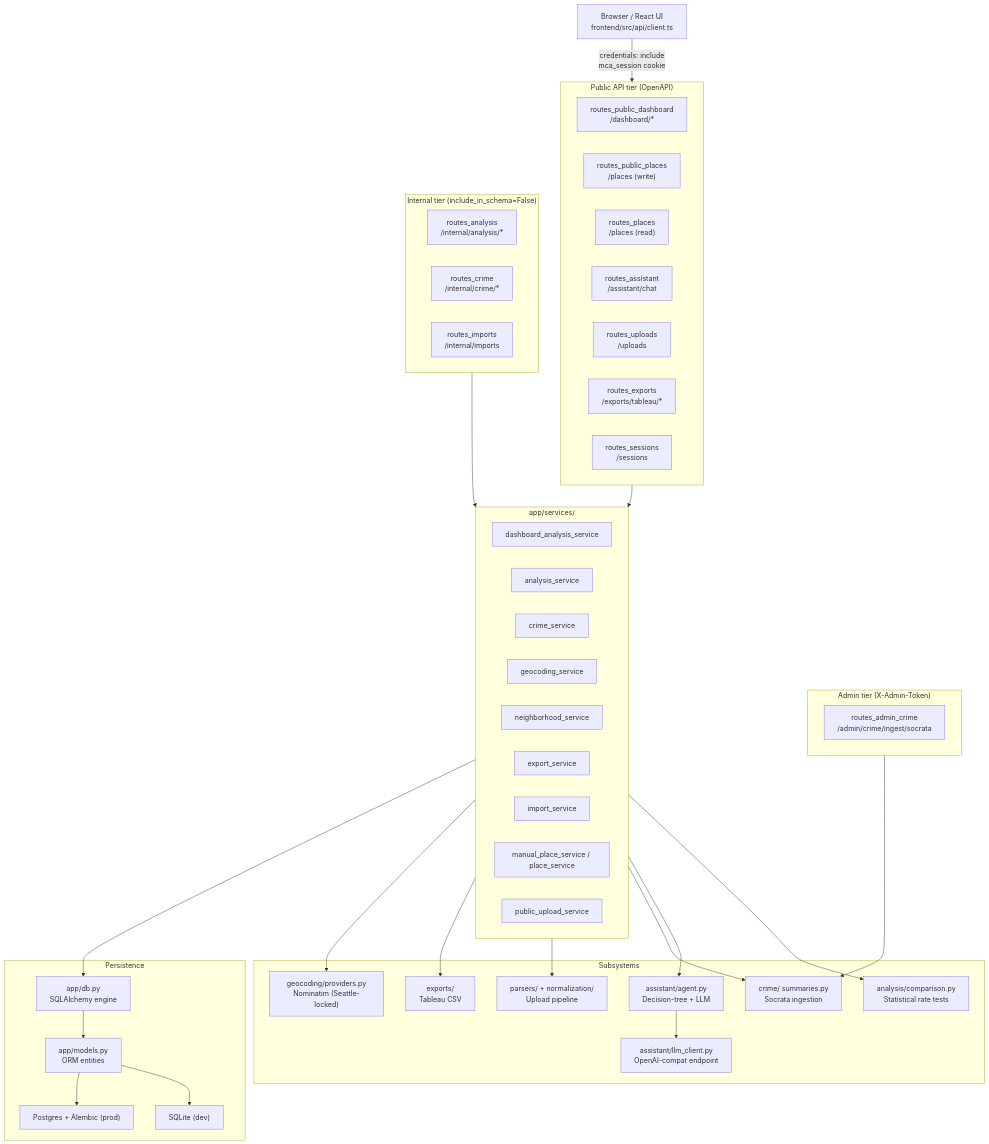
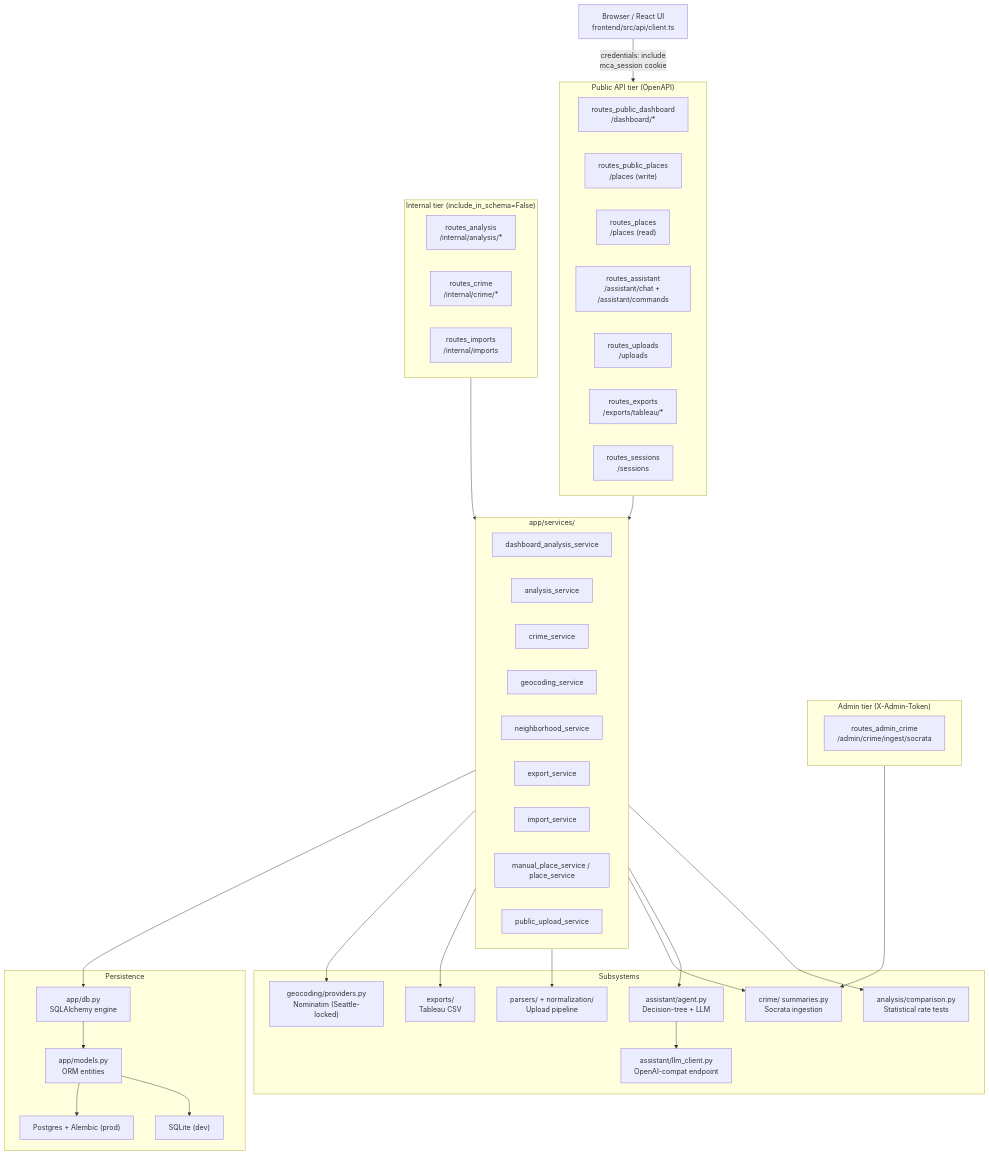
Before and after one commit to jcscocca/CompCat: the diagram in docs/architecture/overview.md, drawn with Mermaid. The commit also changed other lines of this file and 49 other files, not shown here.

````diff
--- a/docs/architecture/overview.md
+++ b/docs/architecture/overview.md
@@ -128,69 +130,69 @@
 ```mermaid
 flowchart TD
     Browser["Browser / React UI\nfrontend/src/api/client.ts"]
 
     subgraph Public["Public API tier (OpenAPI)"]
         PD["routes_public_dashboard\n/dashboard/*"]
         PP["routes_public_places\n/places (write)"]
         PL["routes_places\n/places (read)"]
-        PA["routes_assistant\n/assistant/chat"]
+        PA["routes_assistant\n/assistant/chat + /assistant/commands"]
         PU["routes_uploads\n/uploads"]
         PE["routes_exports\n/exports/tableau/*"]
         PS["routes_sessions\n/sessions"]
     end
 
     subgraph Internal["Internal tier (include_in_schema=False)"]
         IA["routes_analysis\n/internal/analysis/*"]
         IC["routes_crime\n/internal/crime/*"]
         II["routes_imports\n/internal/imports"]
     end
 
     subgraph Admin["Admin tier (X-Admin-Token)"]
         AC["routes_admin_crime\n/admin/crime/ingest/socrata"]
     end
 
     subgraph Services["app/services/"]
         DAS["dashboard_analysis_service"]
         AS["analysis_service"]
         CS["crime_service"]
         GS["geocoding_service"]
         NS["neighborhood_service"]
         ES["export_service"]
         IS["import_service"]
         PLS["manual_place_service / place_service"]
         US["public_upload_service"]
     end
 
     subgraph Subsystems["Subsystems"]
         ANAL["analysis/comparison.py\nStatistical rate tests"]
         ASST["assistant/agent.py\nDecision-tree + LLM"]
         LLM["assistant/llm_client.py\nOpenAI-compat endpoint"]
         CRIME["crime/ summaries.py\nSocrata ingestion"]
         PARSE["parsers/ + normalization/\nUpload pipeline"]
         EXP["exports/\nTableau CSV"]
         GEO["geocoding/providers.py\nNominatim (Seattle-locked)"]
     end
 
     subgraph Persistence["Persistence"]
         DB["app/db.py\nSQLAlchemy engine"]
         MODELS["app/models.py\nORM entities"]
         SQLITE["SQLite (dev)"]
         PG["Postgres + Alembic (prod)"]
     end
 
     Browser -->|"credentials: include\nmca_session cookie"| Public
     Public --> Services
     Internal --> Services
     Admin --> CRIME
     Services --> ANAL
     Services --> ASST
     Services --> CRIME
     Services --> PARSE
     Services --> EXP
     Services --> GEO
     ASST --> LLM
     Services --> DB
     DB --> MODELS
     MODELS --> SQLITE
     MODELS --> PG
 ```
````
